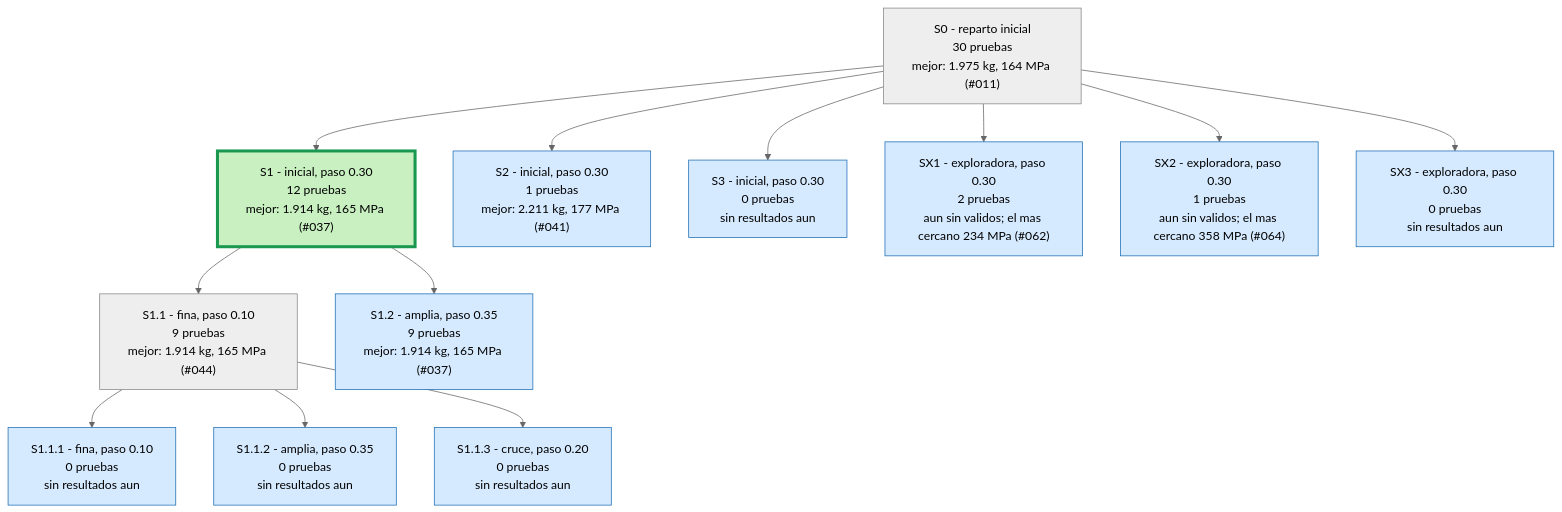
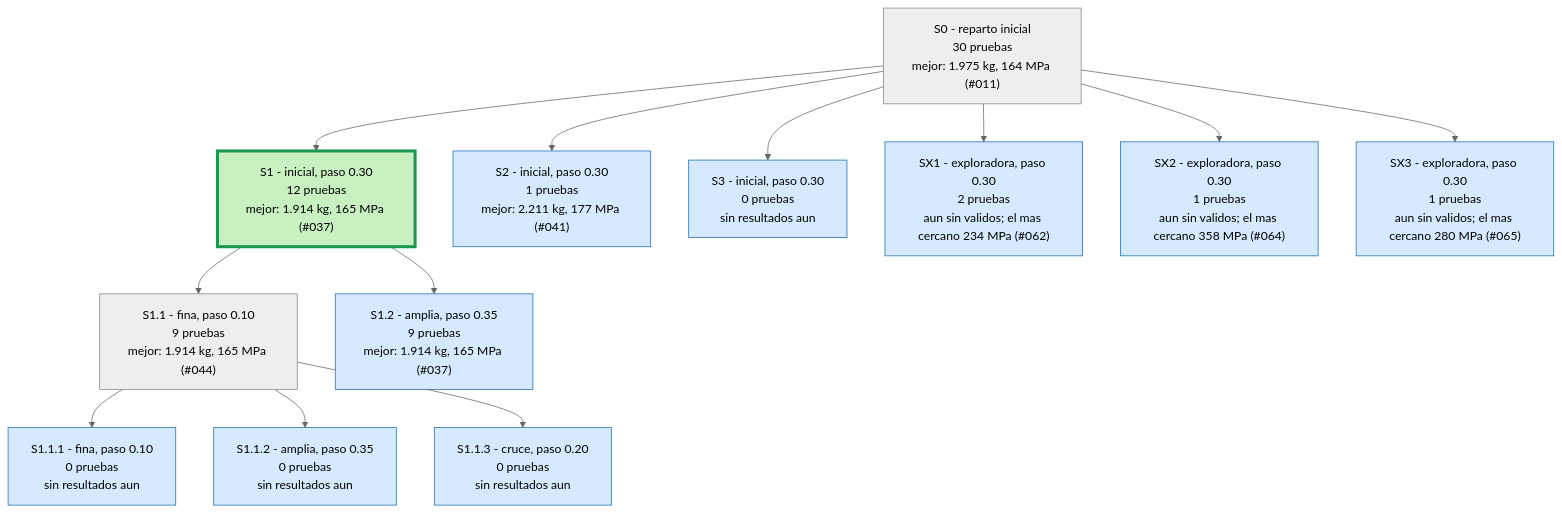
One commit to Hugiko/msd-soporte-optimizacion changed the first of 4 diagrams in runs/opt_37800N/ARBOL.md. Above: the diagram before and after it, drawn with Mermaid (neutral theme). The commit also changed 21 other files, not shown here.

````diff
--- a/runs/opt_37800N/ARBOL.md
+++ b/runs/opt_37800N/ARBOL.md
@@ -9,29 +9,29 @@
 ```mermaid
 graph TD
 classDef activa fill:#d6eaff,stroke:#1f6fb5,color:#000
 classDef fin fill:#eeeeee,stroke:#888,color:#000
 classDef mejor fill:#c8f0c0,stroke:#1a9850,stroke-width:4px,color:#000
 S0["S0 - reparto inicial<br/>30 pruebas<br/>mejor: 1.975 kg, 164 MPa (#011)"]:::fin
 S1["S1 - inicial, paso 0.30<br/>12 pruebas<br/>mejor: 1.914 kg, 165 MPa (#037)"]:::mejor
 S0 --> S1
 S2["S2 - inicial, paso 0.30<br/>1 pruebas<br/>mejor: 2.211 kg, 177 MPa (#041)"]:::activa
 S0 --> S2
 S3["S3 - inicial, paso 0.30<br/>0 pruebas<br/>sin resultados aun"]:::activa
 S0 --> S3
 S1_1["S1.1 - fina, paso 0.10<br/>9 pruebas<br/>mejor: 1.914 kg, 165 MPa (#044)"]:::fin
 S1 --> S1_1
 S1_2["S1.2 - amplia, paso 0.35<br/>9 pruebas<br/>mejor: 1.914 kg, 165 MPa (#037)"]:::activa
 S1 --> S1_2
 S1_1_1["S1.1.1 - fina, paso 0.10<br/>0 pruebas<br/>sin resultados aun"]:::activa
 S1_1 --> S1_1_1
 S1_1_2["S1.1.2 - amplia, paso 0.35<br/>0 pruebas<br/>sin resultados aun"]:::activa
 S1_1 --> S1_1_2
 S1_1_3["S1.1.3 - cruce, paso 0.20<br/>0 pruebas<br/>sin resultados aun"]:::activa
 S1_1 --> S1_1_3
 SX1["SX1 - exploradora, paso 0.30<br/>2 pruebas<br/>aun sin validos; el mas cercano 234 MPa (#062)"]:::activa
 S0 --> SX1
 SX2["SX2 - exploradora, paso 0.30<br/>1 pruebas<br/>aun sin validos; el mas cercano 358 MPa (#064)"]:::activa
 S0 --> SX2
-SX3["SX3 - exploradora, paso 0.30<br/>0 pruebas<br/>sin resultados aun"]:::activa
+SX3["SX3 - exploradora, paso 0.30<br/>1 pruebas<br/>aun sin validos; el mas cercano 280 MPa (#065)"]:::activa
 S0 --> SX3
 ```
````
